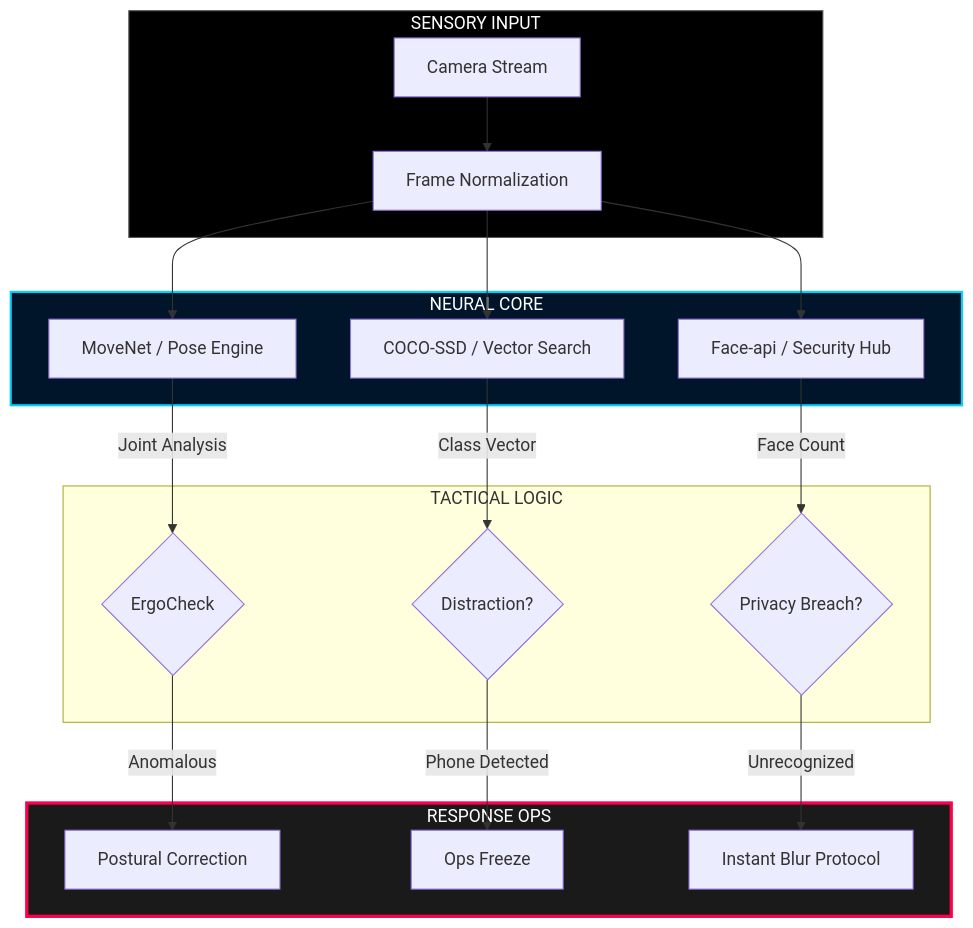
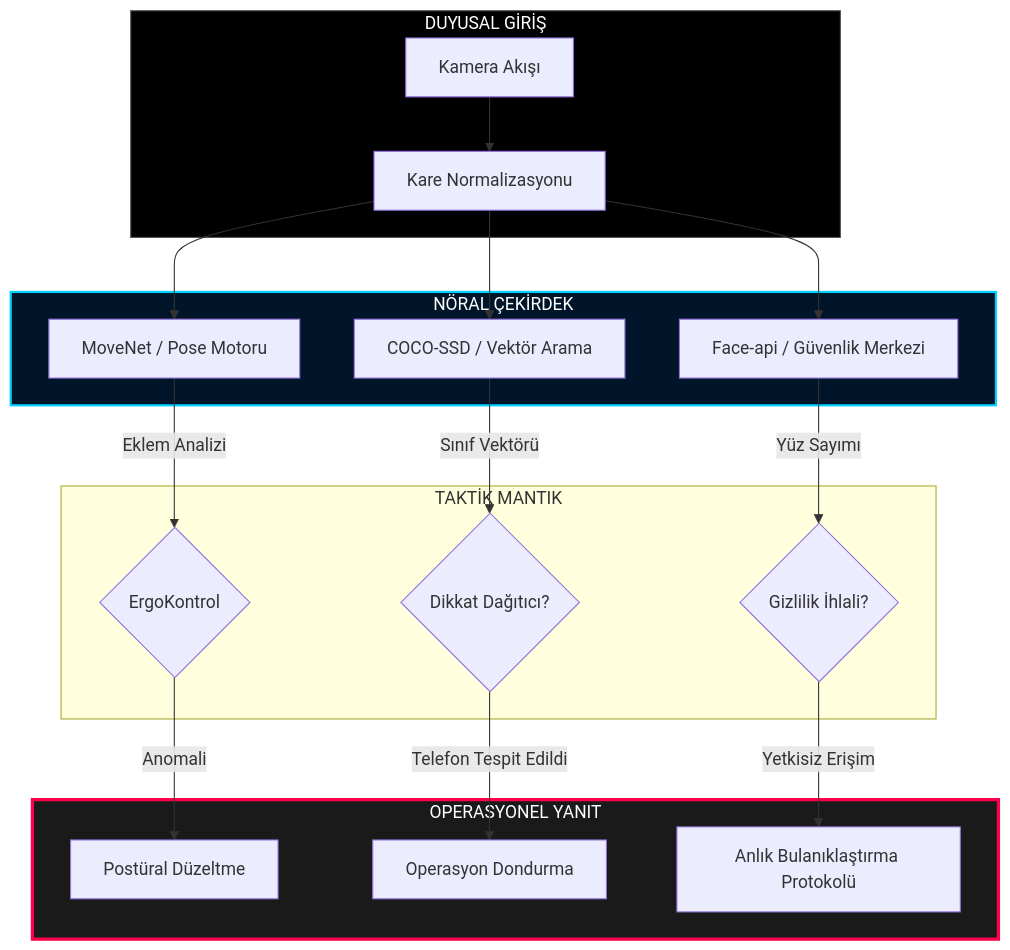
One commit to bahattinyunus/SentinelFocus changed the diagram in README.md. Above: the diagram before and after it, drawn with Mermaid. The commit also changed other lines of this file and 1 other file, not shown here.

````diff
--- a/README.md
+++ b/README.md
@@ -48,28 +48,28 @@
 ```mermaid
 graph TD
-    subgraph SENSORY_INPUT [SENSORY INPUT]
-        RAW[Camera Stream] --> NORM[Frame Normalization]
+    subgraph DUYUSAL_GIRIS [DUYUSAL GİRİŞ]
+        RAW[Kamera Akışı] --> NORM[Kare Normalizasyonu]
     end
 
-    subgraph NEURAL_MATRIX [NEURAL CORE]
-        NORM --> POS[MoveNet / Pose Engine]
-        NORM --> OBJ[COCO-SSD / Vector Search]
-        NORM --> FAC[Face-api / Security Hub]
+    subgraph NORAL_MATRIS [NÖRAL ÇEKİRDEK]
+        NORM --> POS[MoveNet / Pose Motoru]
+        NORM --> OBJ[COCO-SSD / Vektör Arama]
+        NORM --> FAC[Face-api / Güvenlik Merkezi]
     end
 
-    subgraph TACTICAL_LOGIC [TACTICAL LOGIC]
-        POS -->|Joint Analysis| ERGO{ErgoCheck}
-        OBJ -->|Class Vector| DIST{Distraction?}
-        FAC -->|Face Count| PRIV{Privacy Breach?}
+    subgraph TAKTIK_MANTIK [TAKTİK MANTIK]
+        POS -->|Eklem Analizi| ERGO{ErgoKontrol}
+        OBJ -->|Sınıf Vektörü| DIST{Dikkat Dağıtıcı?}
+        FAC -->|Yüz Sayımı| PRIV{Gizlilik İhlali?}
     end
 
-    subgraph RESPONSE_OPS [RESPONSE OPS]
-        ERGO -->|Anomalous| A1[Postural Correction]
-        DIST -->|Phone Detected| A2[Ops Freeze]
-        PRIV -->|Unrecognized| A3[Instant Blur Protocol]
+    subgraph OPERASYONEL_YANIT [OPERASYONEL YANIT]
+        ERGO -->|Anomali| A1[Postüral Düzeltme]
+        DIST -->|Telefon Tespit Edildi| A2[Operasyon Dondurma]
+        PRIV -->|Yetkisiz Erişim| A3[Anlık Bulanıklaştırma Protokolü]
     end
 
-    style NEURAL_MATRIX fill:#001529,stroke:#00D1FF,stroke-width:2px,color:#fff
-    style RESPONSE_OPS fill:#1a1a1a,stroke:#FF004C,stroke-width:3px,color:#fff
-    style SENSORY_INPUT fill:#000,stroke:#555,color:#fff
+    style NORAL_MATRIS fill:#001529,stroke:#00D1FF,stroke-width:2px,color:#fff
+    style OPERASYONEL_YANIT fill:#1a1a1a,stroke:#FF004C,stroke-width:3px,color:#fff
+    style DUYUSAL_GIRIS fill:#000,stroke:#555,color:#fff
 ```
````
